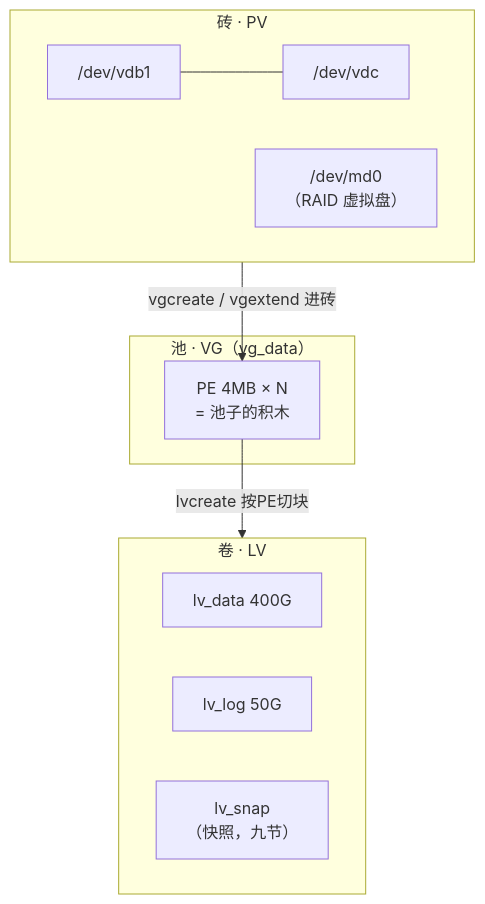
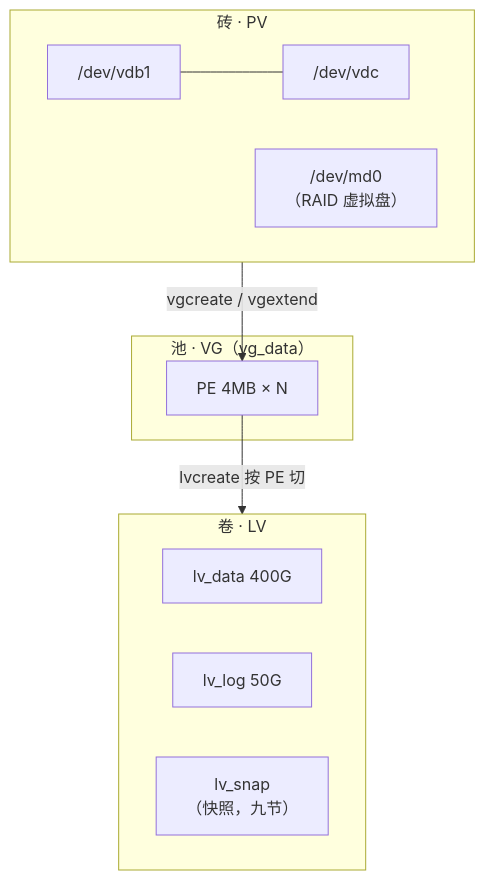
One commit to ml-cuizijun/LearnToLilith changed the fourth of 7 diagrams in 01-基础底座/29-磁盘管理与LVM/知识点.md. Above: the diagram before and after it, drawn with Mermaid. The commit also changed other lines of this file and 178 other files, not shown here.

````diff
--- a/01-基础底座/29-磁盘管理与LVM/知识点.md
+++ b/01-基础底座/29-磁盘管理与LVM/知识点.md
@@ -264,17 +271,17 @@
 ```mermaid
 flowchart TB
     subgraph BRICK["砖 · PV"]
         P1["/dev/vdb1"] --- P2["/dev/vdc"]
         P3["/dev/md0<br/>（RAID 虚拟盘）"]
     end
     subgraph POOL["池 · VG（vg_data）"]
-        E["PE 4MB × N<br/>= 池子的积木"]
+        E["PE 4MB × N"]
     end
     subgraph SLICE["卷 · LV"]
         L1["lv_data 400G"]
         L2["lv_log 50G"]
         L3["lv_snap<br/>（快照，九节）"]
     end
-    BRICK -->|"vgcreate / vgextend 进砖"| E
-    E -->|"lvcreate 按PE切块"| SLICE
+    BRICK -->|"vgcreate / vgextend"| E
+    E -->|"lvcreate 按 PE 切"| SLICE
 ```
````
